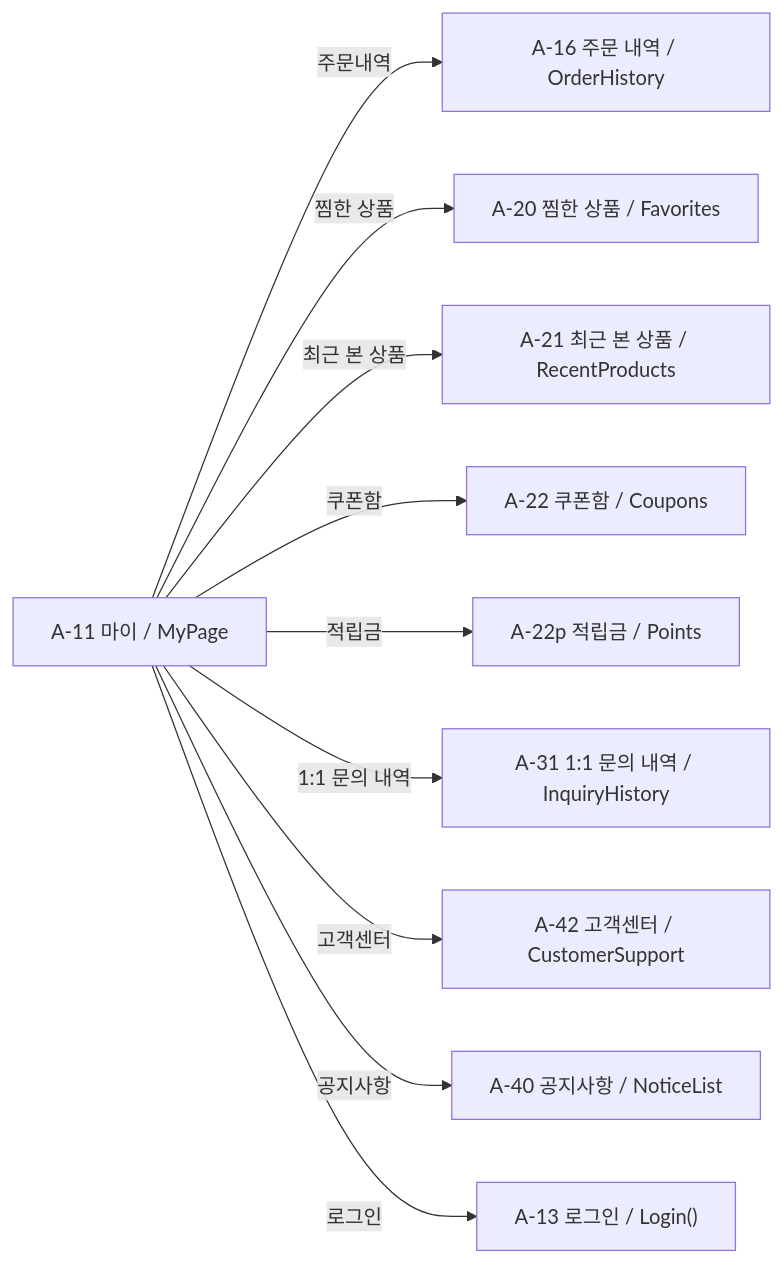
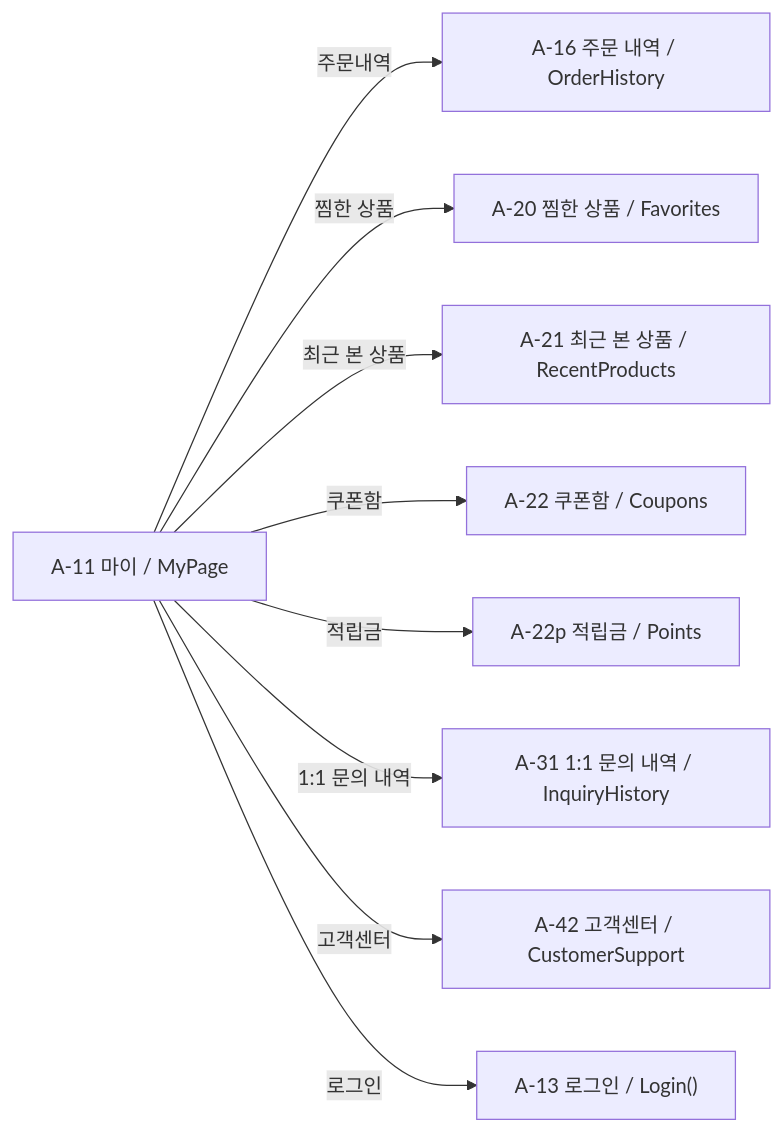
One commit to team-nativeLab/Eum-ShoppingMall-Android changed the sixth of 9 diagrams in docs/APP_FLOW.md. Above: the diagram before and after it, drawn with Mermaid. The commit also changed other lines of this file and 49 other files, not shown here.

````diff
--- a/docs/APP_FLOW.md
+++ b/docs/APP_FLOW.md
@@ -135,12 +134,11 @@
 ```mermaid
 flowchart LR
     A11["A-11 마이 / MyPage"] -- 주문내역 --> A16["A-16 주문 내역 / OrderHistory"]
     A11 -- 찜한 상품 --> A20["A-20 찜한 상품 / Favorites"]
     A11 -- 최근 본 상품 --> A21["A-21 최근 본 상품 / RecentProducts"]
     A11 -- 쿠폰함 --> A22["A-22 쿠폰함 / Coupons"]
     A11 -- 적립금 --> A22p["A-22p 적립금 / Points"]
     A11 -- 1:1 문의 내역 --> A31["A-31 1:1 문의 내역 / InquiryHistory"]
     A11 -- 고객센터 --> A42["A-42 고객센터 / CustomerSupport"]
-    A11 -- 공지사항 --> A40["A-40 공지사항 / NoticeList"]
     A11 -- 로그인 --> A13["A-13 로그인 / Login()"]
 ```
````
